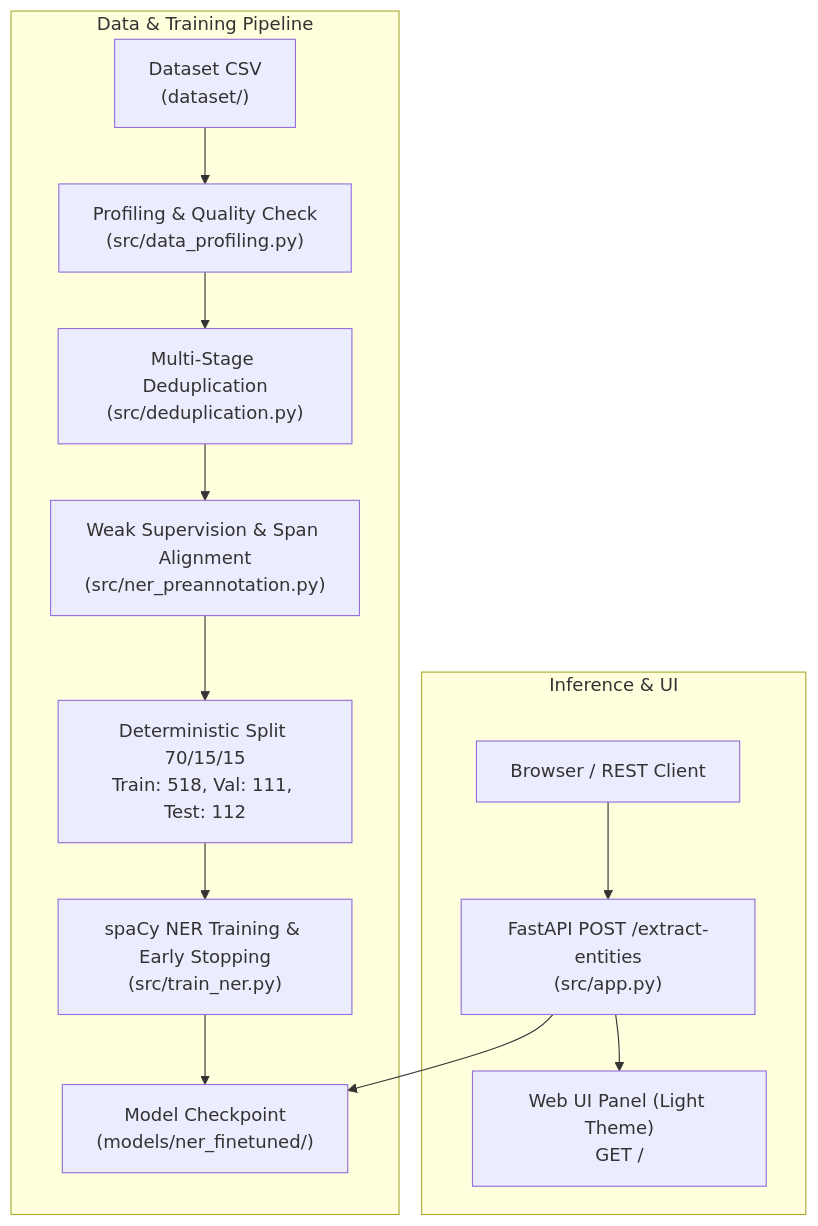
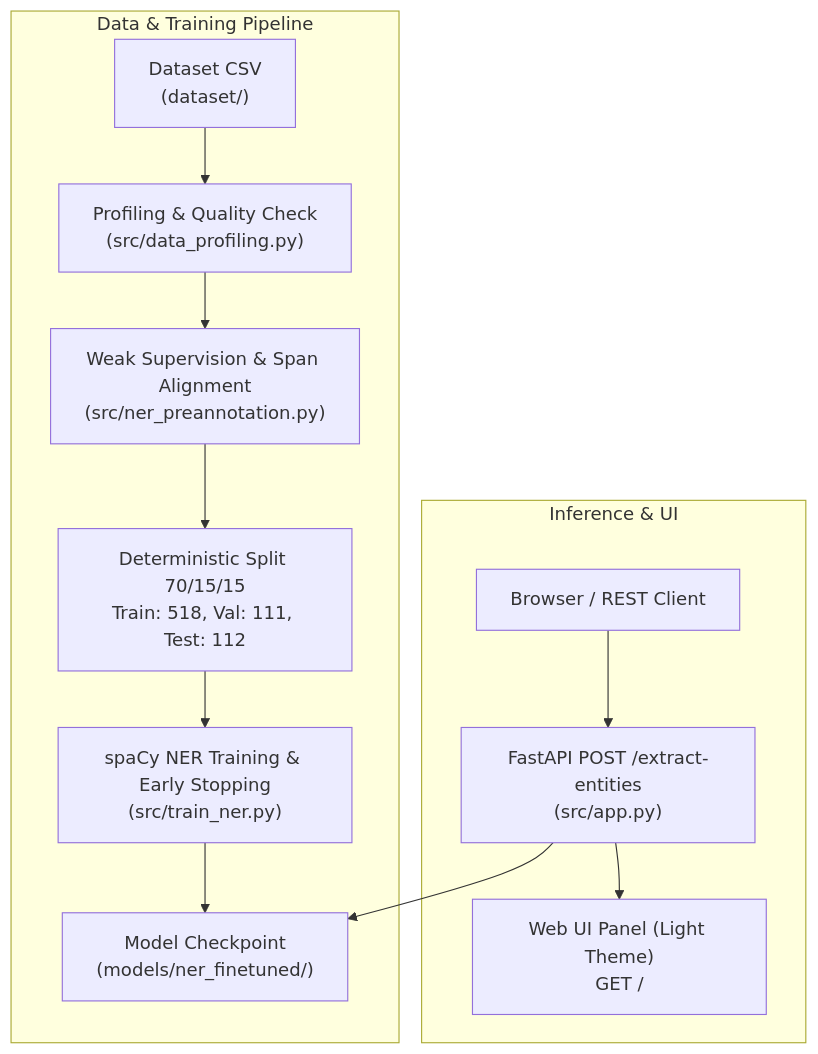
Before and after one commit to Ardhana-Hidayat/Article-NER-Kelompok-4: the diagram in README.md, drawn with Mermaid. The commit also changed other lines of this file, not shown here.

Commit message:
docs: remove deduplication references from README

````diff
--- a/README.md
+++ b/README.md
@@ -9,17 +9,16 @@
 ```mermaid
 flowchart TD
     subgraph Pipeline ["Data & Training Pipeline"]
         CSV["Dataset CSV<br/>(dataset/)"] --> Profiler["Profiling & Quality Check<br/>(src/data_profiling.py)"]
-        Profiler --> Deduplicator["Multi-Stage Deduplication<br/>(src/deduplication.py)"]
-        Deduplicator --> PreAnnotator["Weak Supervision & Span Alignment<br/>(src/ner_preannotation.py)"]
+        Profiler --> PreAnnotator["Weak Supervision & Span Alignment<br/>(src/ner_preannotation.py)"]
         PreAnnotator --> Splitter["Deterministic Split 70/15/15<br/>Train: 518, Val: 111, Test: 112"]
         Splitter --> Trainer["spaCy NER Training & Early Stopping<br/>(src/train_ner.py)"]
         Trainer --> BestModel["Model Checkpoint<br/>(models/ner_finetuned/)"]
     end
 
     subgraph Service ["Inference & UI"]
         Client["Browser / REST Client"] --> API["FastAPI POST /extract-entities<br/>(src/app.py)"]
         API --> BestModel
         API --> UI["Web UI Panel (Light Theme)<br/>GET /"]
     end
 ```
````
